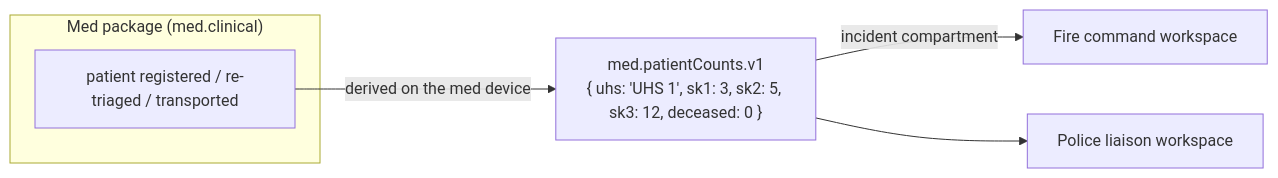
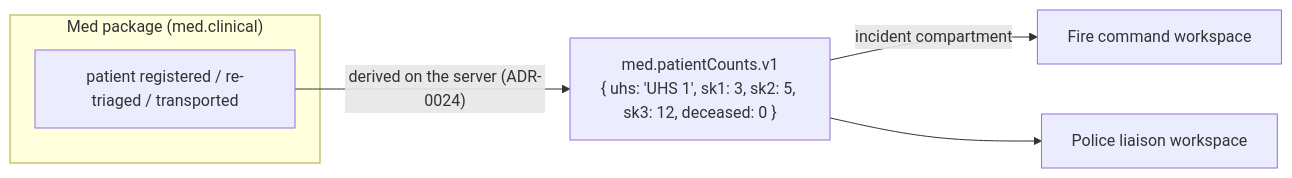
The first of 3 diagrams in docs/architecture/08-concepts.md (PfurtschellerP/ordo), drawn with Mermaid before and after one commit. The commit also changed other lines of this file and 38 other files, not shown here.

````diff
--- a/docs/architecture/08-concepts.md
+++ b/docs/architecture/08-concepts.md
@@ -129,9 +170,9 @@
 ```mermaid
 flowchart LR
   subgraph MED["Med package (med.clinical)"]
     P["patient registered / re-triaged / transported"]
   end
-  P -- "derived on the med device" --> C["med.patientCounts.v1<br/>{ uhs: 'UHS 1', sk1: 3, sk2: 5, sk3: 12, deceased: 0 }"]
+  P -- "derived on the server (ADR-0024)" --> C["med.patientCounts.v1<br/>{ uhs: 'UHS 1', sk1: 3, sk2: 5, sk3: 12, deceased: 0 }"]
   C -- "incident compartment" --> CMD["Fire command workspace"]
   C --> POL["Police liaison workspace"]
 ```
````
